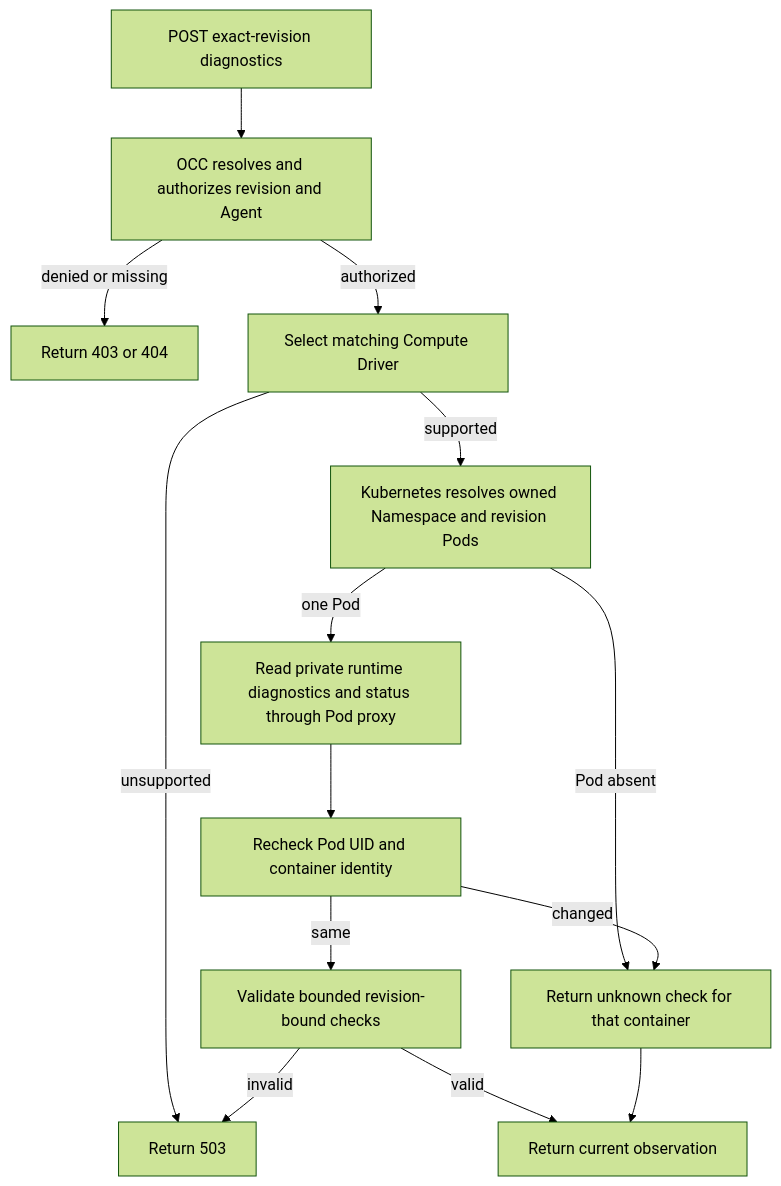
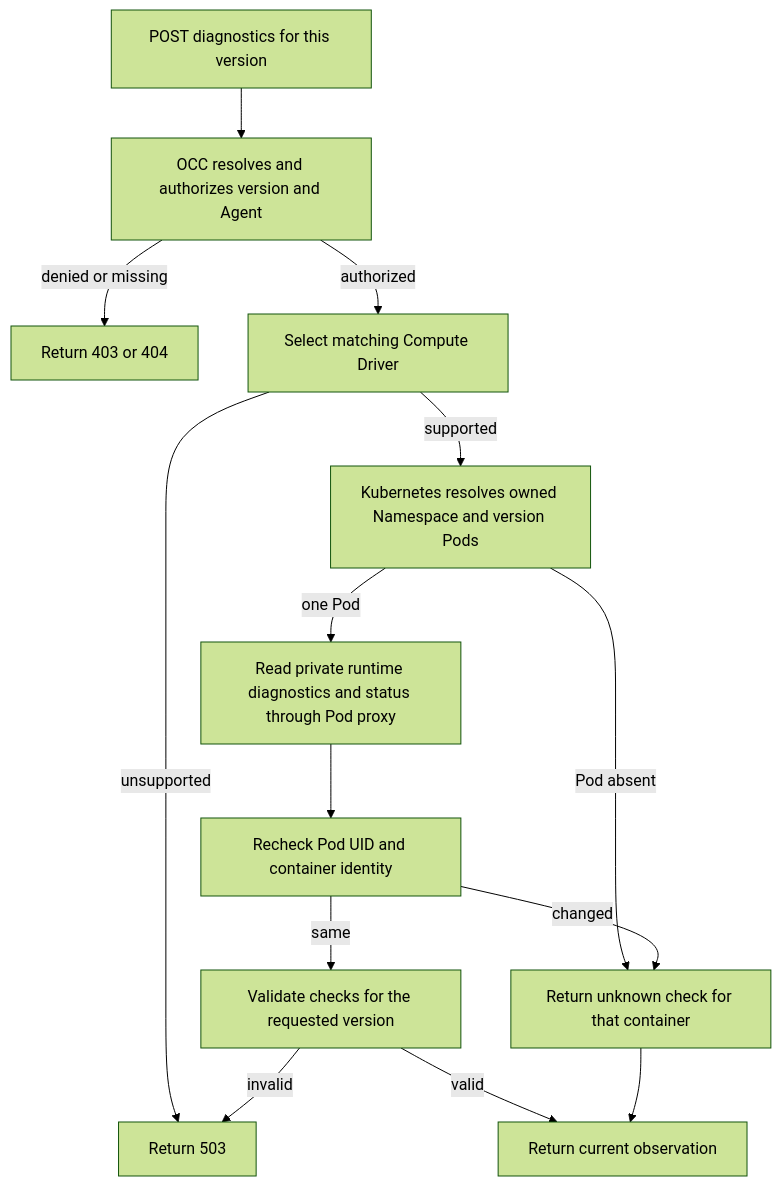
Before and after one commit to openclaw/openclaw-enterprise: the diagram in docs/flows/agent-deployment-diagnostics.md, drawn with Mermaid (forest theme). The commit also changed other lines of this file and 198 other files, not shown here.

````diff
--- a/docs/flows/agent-deployment-diagnostics.md
+++ b/docs/flows/agent-deployment-diagnostics.md
@@ -28,16 +28,16 @@
 ```mermaid
 graph TD
-  A["POST exact-revision diagnostics"] --> B["OCC resolves and authorizes revision and Agent"]
+  A["POST diagnostics for this version"] --> B["OCC resolves and authorizes version and Agent"]
   B -->|denied or missing| C["Return 403 or 404"]
   B -->|authorized| D["Select matching Compute Driver"]
   D -->|unsupported| E["Return 503"]
-  D -->|supported| F["Kubernetes resolves owned Namespace and revision Pods"]
+  D -->|supported| F["Kubernetes resolves owned Namespace and version Pods"]
   F -->|Pod absent| G["Return unknown check for that container"]
   F -->|one Pod| H["Read private runtime diagnostics and status through Pod proxy"]
   H --> I["Recheck Pod UID and container identity"]
   I -->|changed| G
-  I -->|same| J["Validate bounded revision-bound checks"]
+  I -->|same| J["Validate checks for the requested version"]
   J -->|invalid| E
   J -->|valid| K["Return current observation"]
   G --> K
 ```
````
